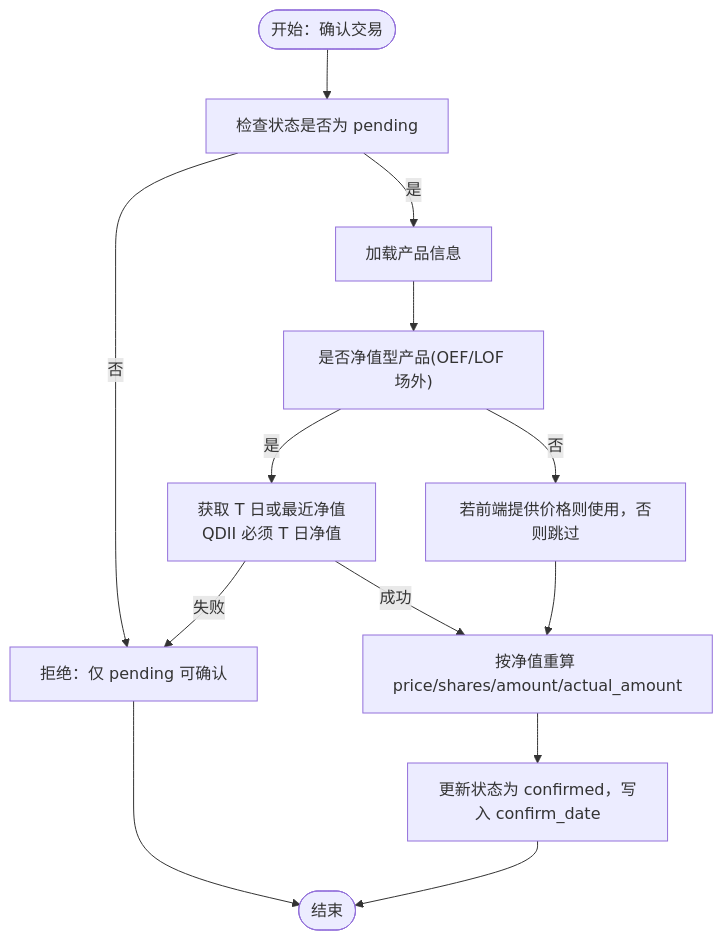
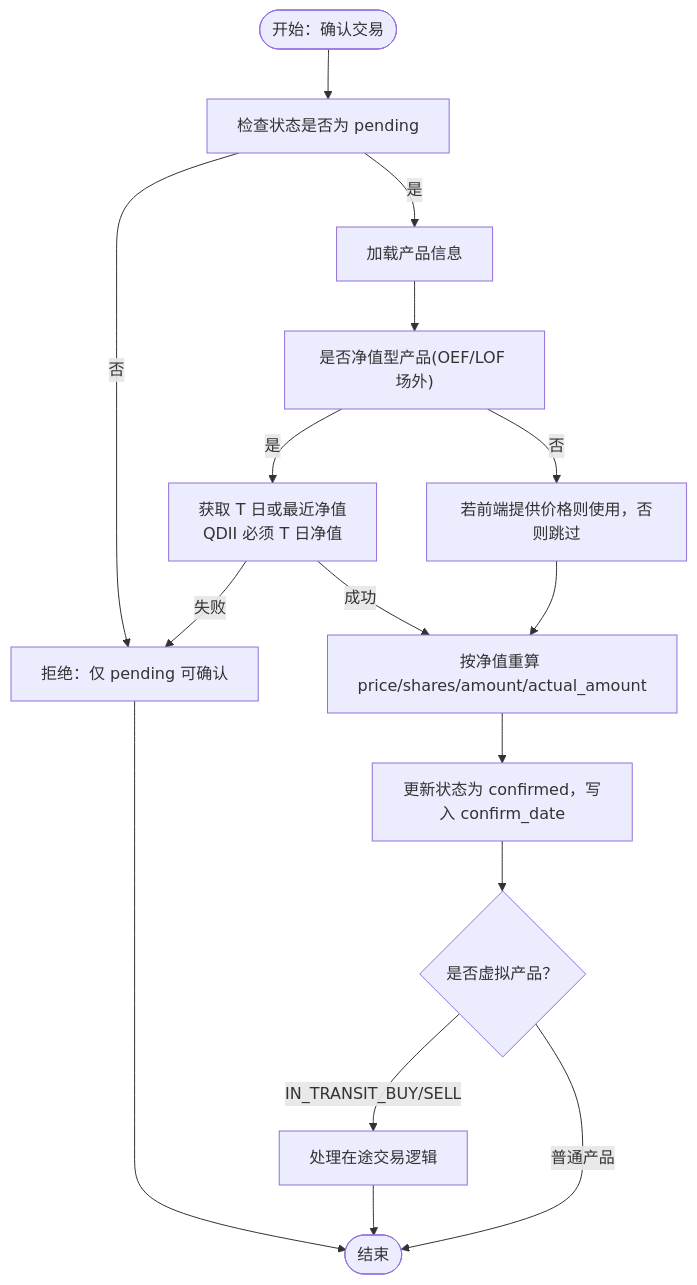
One commit to gujialind/InvestRing changed the third of 6 diagrams in .qoder/repowiki/zh/content/数据库设计/核心业务表结构/交易与订单管理表.md. Above: the diagram before and after it, drawn with Mermaid. The commit also changed other lines of this file and 64 other files, not shown here.

````diff
--- a/.qoder/repowiki/zh/content/数据库设计/核心业务表结构/交易与订单管理表.md
+++ b/.qoder/repowiki/zh/content/数据库设计/核心业务表结构/交易与订单管理表.md
@@ -235,15 +260,18 @@
 ```mermaid
 flowchart TD
 Start(["开始：确认交易"]) --> CheckStatus["检查状态是否为 pending"]
 CheckStatus --> |否| Reject["拒绝：仅 pending 可确认"]
 CheckStatus --> |是| LoadProduct["加载产品信息"]
 LoadProduct --> IsNAV["是否净值型产品(OEF/LOF 场外)"]
 IsNAV --> |是| GetNAV["获取 T 日或最近净值<br/>QDII 必须 T 日净值"]
 IsNAV --> |否| PriceProvided["若前端提供价格则使用，否则跳过"]
 GetNAV --> |失败| Reject
 GetNAV --> |成功| Recalc["按净值重算 price/shares/amount/actual_amount"]
 PriceProvided --> Recalc
 Recalc --> Update["更新状态为 confirmed，写入 confirm_date"]
-Update --> End(["结束"])
+Update --> VirtualProduct{"是否虚拟产品？"}
+VirtualProduct --> |IN_TRANSIT_BUY/SELL| HandleInTransit["处理在途交易逻辑"]
+VirtualProduct --> |普通产品| End(["结束"])
+HandleInTransit --> End
 Reject --> End
 ```
````
